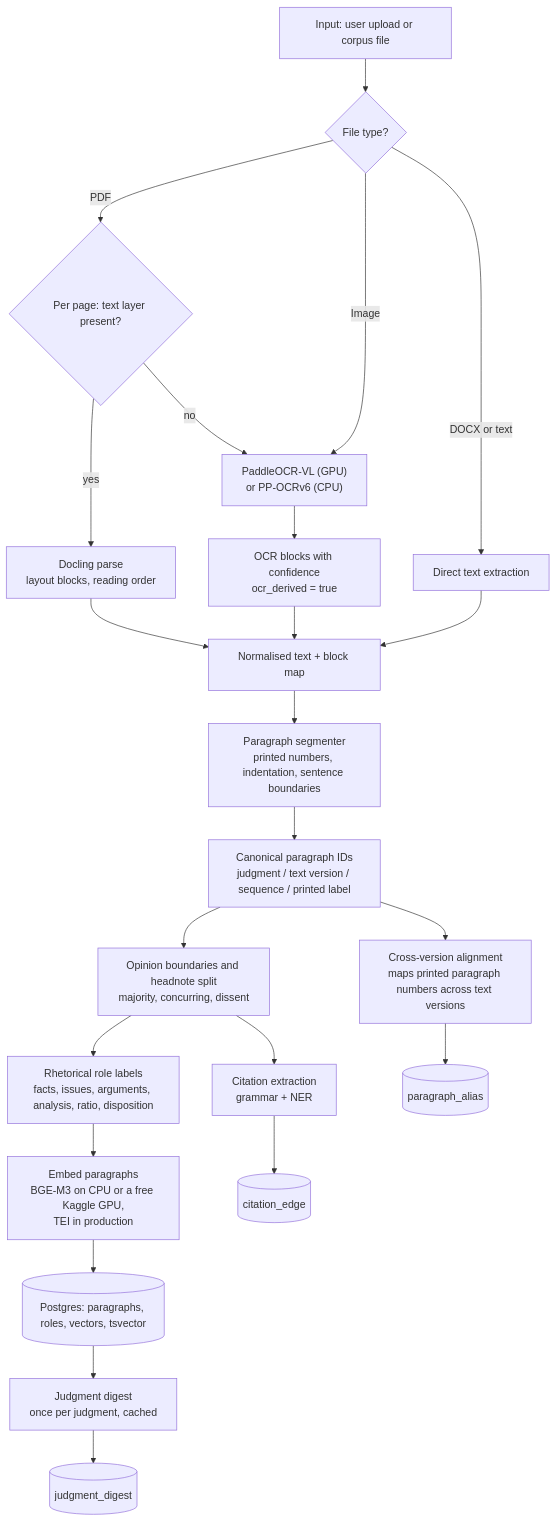
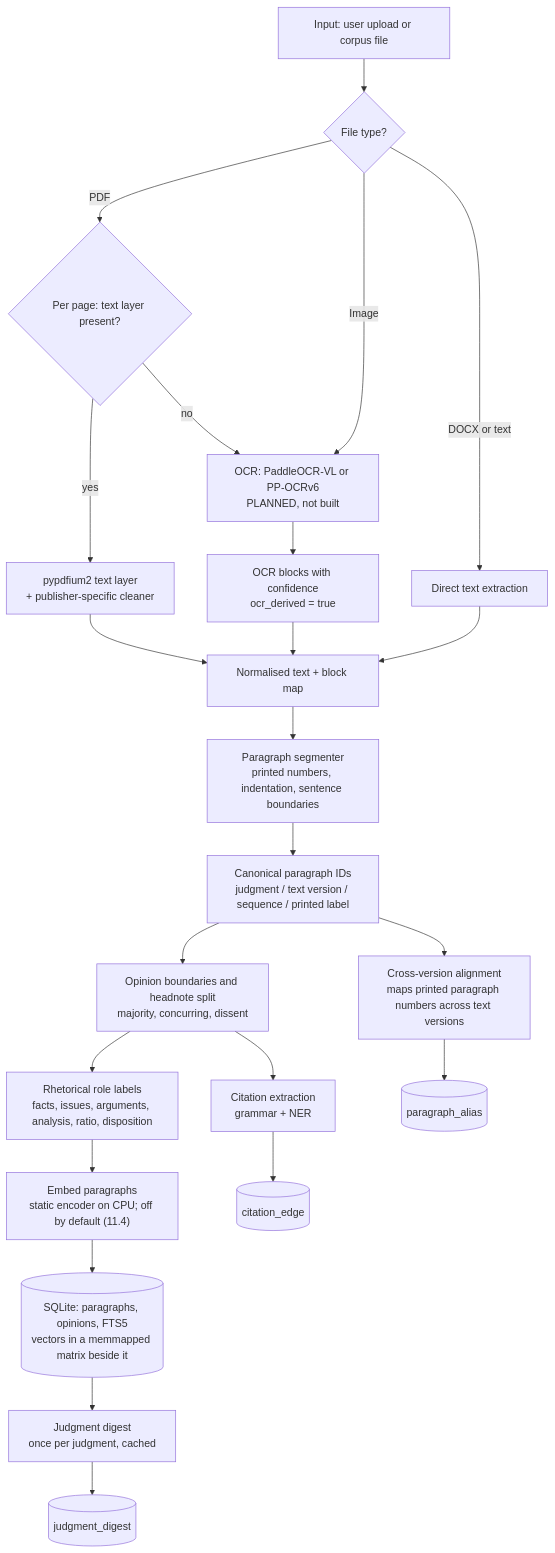
The second of 9 diagrams in docs/ARCHITECTURE.md (INSANE0777/order-order), drawn with Mermaid before and after one commit. The commit also changed other lines of this file and 6 other files, not shown here.

````diff
--- a/docs/ARCHITECTURE.md
+++ b/docs/ARCHITECTURE.md
@@ -102,25 +114,25 @@
 ```mermaid
 flowchart TD
     A["Input: user upload or corpus file"] --> B{"File type?"}
     B -->|PDF| C{"Per page: text layer present?"}
-    B -->|Image| D["PaddleOCR-VL (GPU)<br/>or PP-OCRv6 (CPU)"]
+    B -->|Image| D["OCR: PaddleOCR-VL or PP-OCRv6<br/>PLANNED, not built"]
     B -->|DOCX or text| E["Direct text extraction"]
-    C -->|yes| F["Docling parse<br/>layout blocks, reading order"]
+    C -->|yes| F["pypdfium2 text layer<br/>+ publisher-specific cleaner"]
     C -->|no| D
     D --> G["OCR blocks with confidence<br/>ocr_derived = true"]
     F --> H["Normalised text + block map"]
     G --> H
     E --> H
     H --> I["Paragraph segmenter<br/>printed numbers, indentation, sentence boundaries"]
     I --> J["Canonical paragraph IDs<br/>judgment / text version / sequence / printed label"]
     J --> K["Opinion boundaries and headnote split<br/>majority, concurring, dissent"]
     K --> L["Rhetorical role labels<br/>facts, issues, arguments, analysis, ratio, disposition"]
-    L --> M["Embed paragraphs<br/>BGE-M3 on CPU or a free Kaggle GPU,<br/>TEI in production"]
-    M --> N[("Postgres: paragraphs, roles, vectors, tsvector")]
+    L --> M["Embed paragraphs<br/>static encoder on CPU; off by default (11.4)"]
+    M --> N[("SQLite: paragraphs, opinions, FTS5<br/>vectors in a memmapped matrix beside it")]
     K --> O["Citation extraction<br/>grammar + NER"]
     O --> P[("citation_edge")]
     N --> Q["Judgment digest<br/>once per judgment, cached"]
     Q --> R[("judgment_digest")]
     J --> S["Cross-version alignment<br/>maps printed paragraph numbers across text versions"]
     S --> T[("paragraph_alias")]
 ```
````
